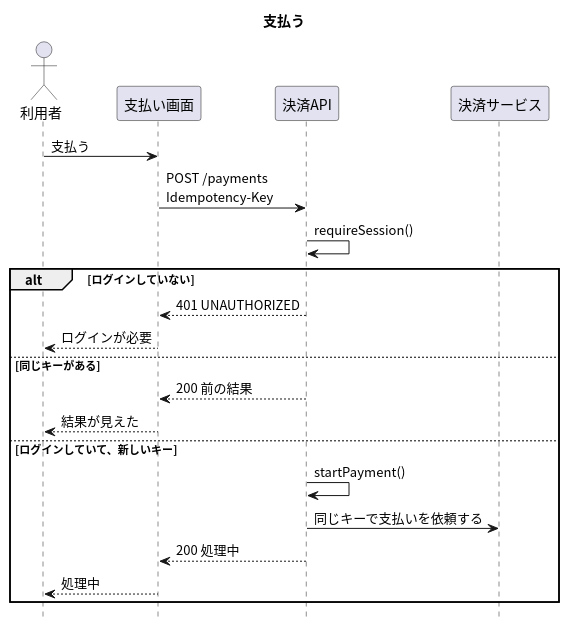
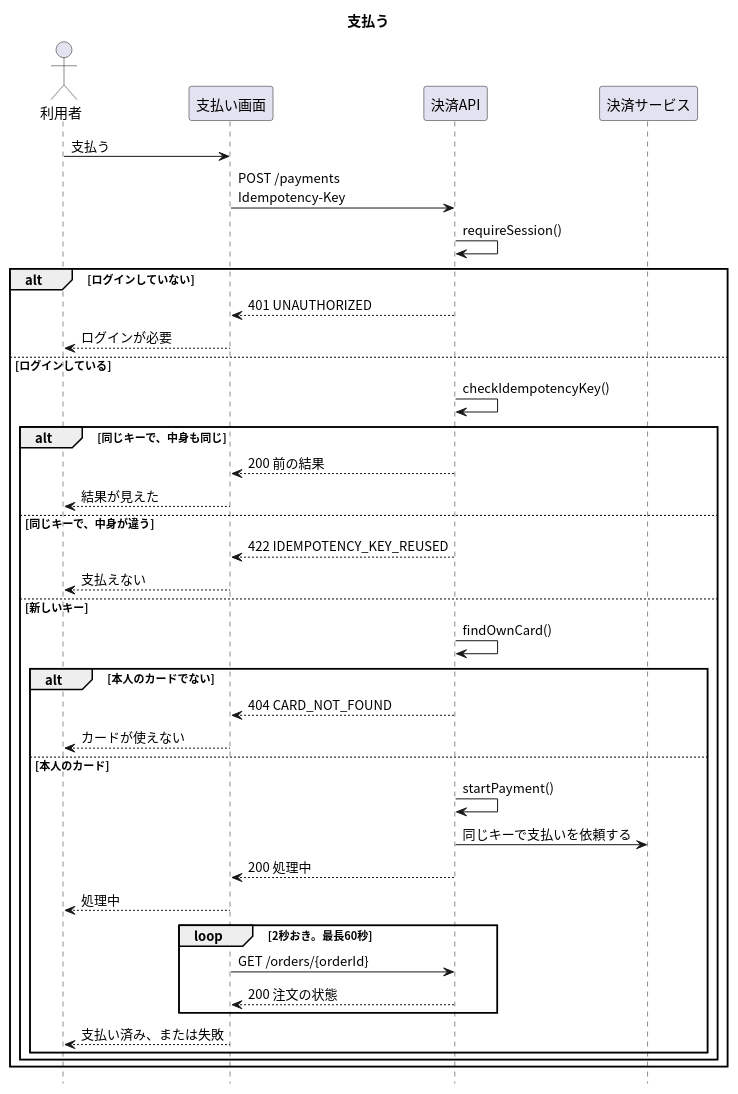
One commit to masamasamasato/design-doc-template changed the diagram in apis/create-payment/入口.puml. Above: the diagram before and after it, drawn with PlantUML. The commit also changed 57 other files, not shown here.

```diff
--- a/apis/create-payment/入口.puml
+++ b/apis/create-payment/入口.puml
@@ -1,29 +1,46 @@
 @startuml
 skinparam shadowing false
 skinparam defaultFontName "Noto Sans CJK JP"
 skinparam SequenceFontName "Noto Sans CJK JP"
 hide footbox
 
 title 支払う
 
 actor "利用者" as User
 participant "支払い画面" as Screen
 participant "決済API" as API
 participant "決済サービス" as PSP
 
 User -> Screen : 支払う
 Screen -> API : POST /payments\nIdempotency-Key
 API -> API : requireSession()
 alt ログインしていない
   API --> Screen : 401 UNAUTHORIZED
   Screen --> User : ログインが必要
-else 同じキーがある
-  API --> Screen : 200 前の結果
-  Screen --> User : 結果が見えた
-else ログインしていて、新しいキー
-  API -> API : startPayment()
-  API -> PSP : 同じキーで支払いを依頼する
-  API --> Screen : 200 処理中
-  Screen --> User : 処理中
+else ログインしている
+  API -> API : checkIdempotencyKey()
+  alt 同じキーで、中身も同じ
+    API --> Screen : 200 前の結果
+    Screen --> User : 結果が見えた
+  else 同じキーで、中身が違う
+    API --> Screen : 422 IDEMPOTENCY_KEY_REUSED
+    Screen --> User : 支払えない
+  else 新しいキー
+    API -> API : findOwnCard()
+    alt 本人のカードでない
+      API --> Screen : 404 CARD_NOT_FOUND
+      Screen --> User : カードが使えない
+    else 本人のカード
+      API -> API : startPayment()
+      API -> PSP : 同じキーで支払いを依頼する
+      API --> Screen : 200 処理中
+      Screen --> User : 処理中
+      loop 2秒おき。最長60秒
+        Screen -> API : GET /orders/{orderId}
+        API --> Screen : 200 注文の状態
+      end
+      Screen --> User : 支払い済み、または失敗
+    end
+  end
 end
 @enduml
```
